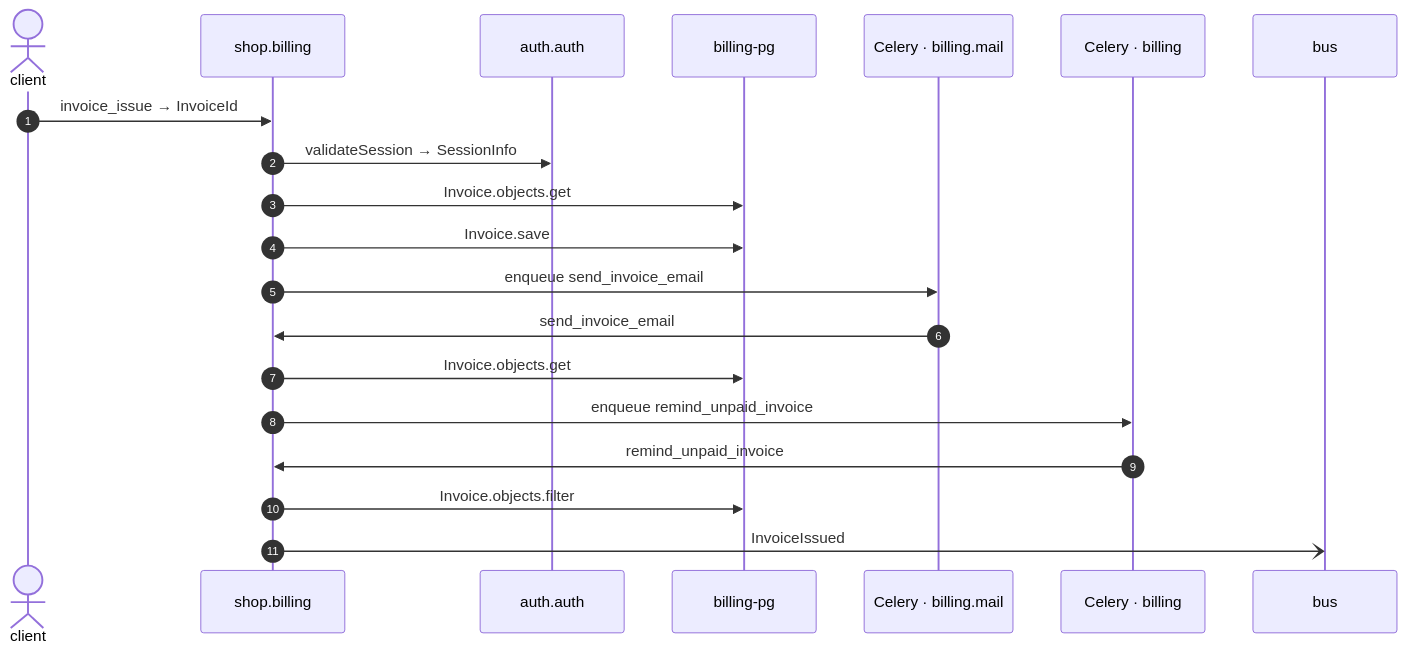
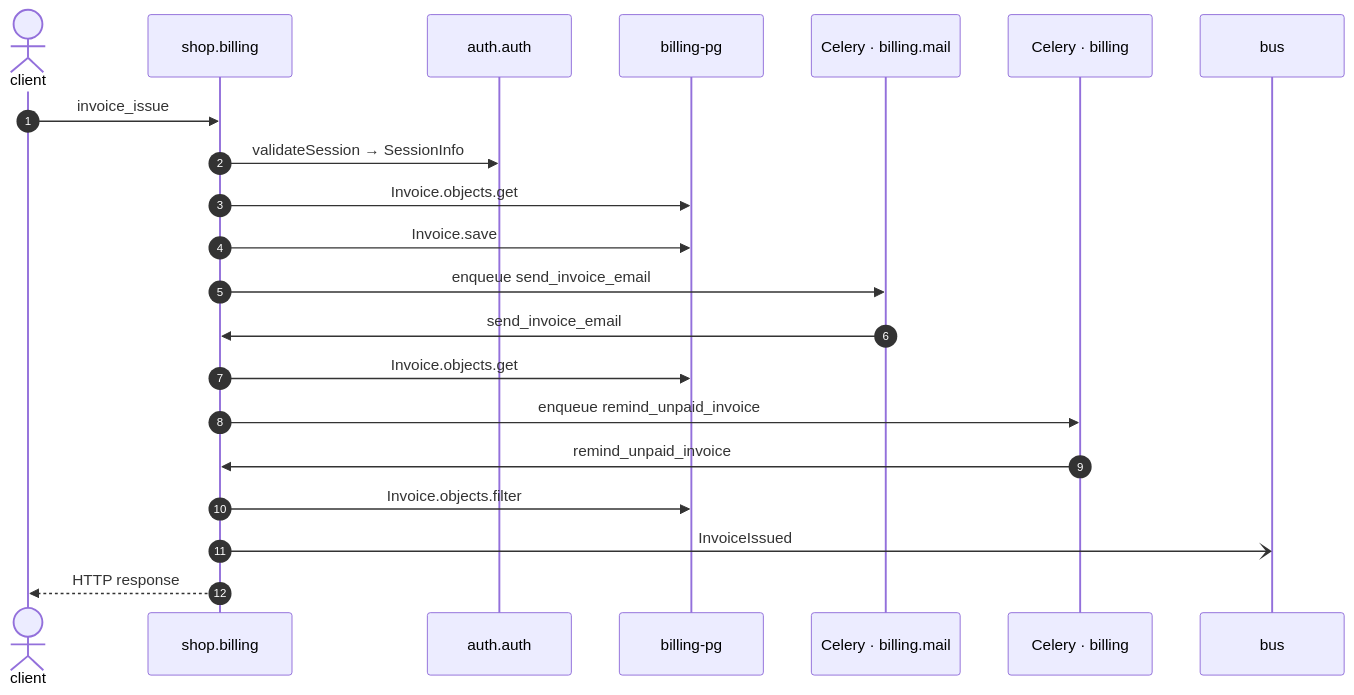
One commit to shortlink-org/portolan changed the diagram in docs/example/flows/billing-invoice-issue.md. Above: the diagram before and after it, drawn with Mermaid. The commit also changed other lines of this file and 191 other files, not shown here.

````diff
--- a/docs/example/flows/billing-invoice-issue.md
+++ b/docs/example/flows/billing-invoice-issue.md
@@ -34,22 +36,23 @@
 ```mermaid
 sequenceDiagram
     autonumber
     actor p0 as client
     participant p1 as shop.billing
     participant p2 as auth.auth
     participant p3 as billing-pg
     participant p4 as Celery · billing.mail
     participant p5 as Celery · billing
     participant p6 as bus
-    p0->>p1: invoice_issue → InvoiceId
+    p0->>p1: invoice_issue
     p1->>p2: validateSession → SessionInfo
     p1->>p3: Invoice.objects.get
     p1->>p3: Invoice.save
     p1->>p4: enqueue send_invoice_email
     p4->>p1: send_invoice_email
     p1->>p3: Invoice.objects.get
     p1->>p5: enqueue remind_unpaid_invoice
     p5->>p1: remind_unpaid_invoice
     p1->>p3: Invoice.objects.filter
     p1-)p6: InvoiceIssued
+    p1-->>p0: HTTP response
 ```
````
